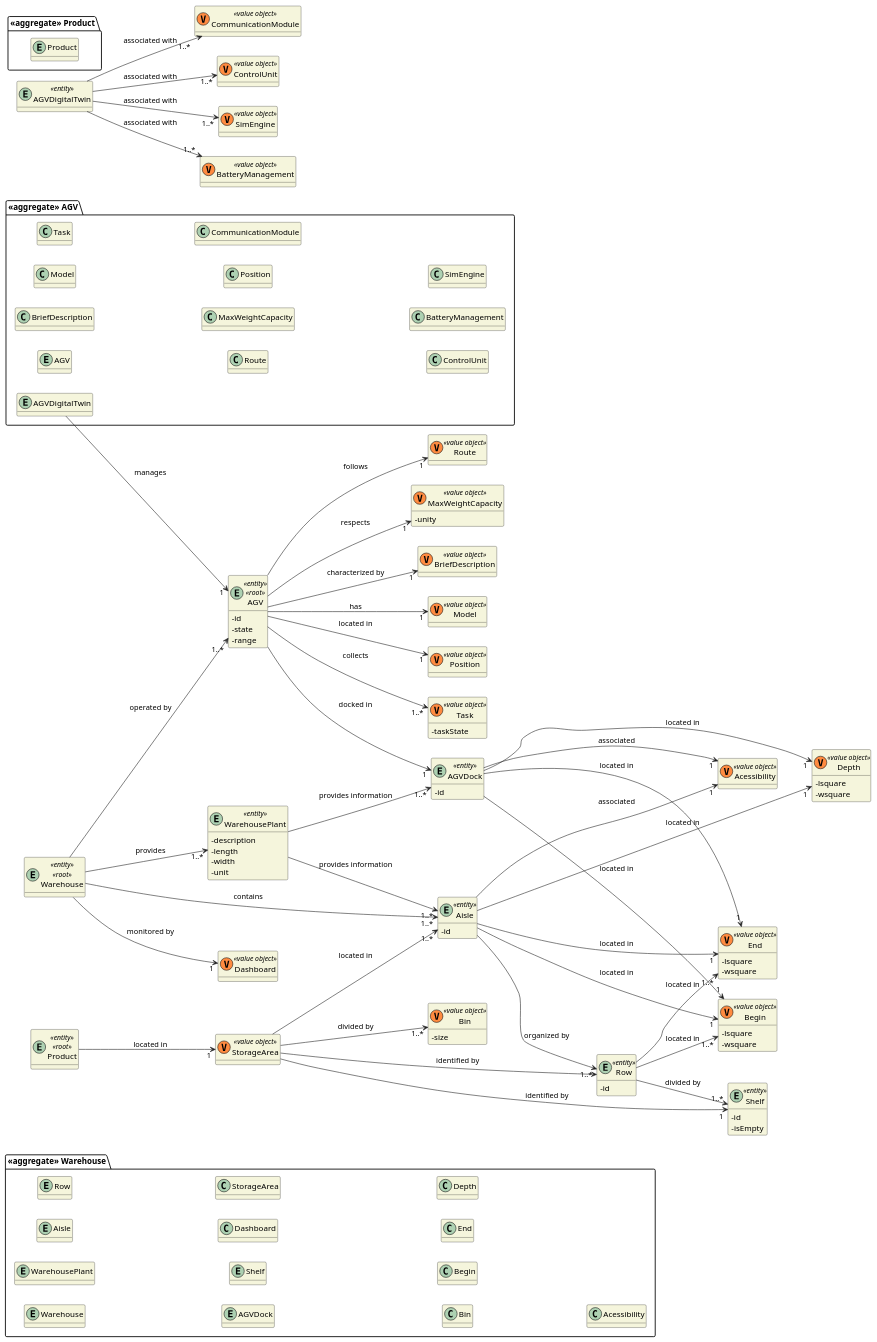
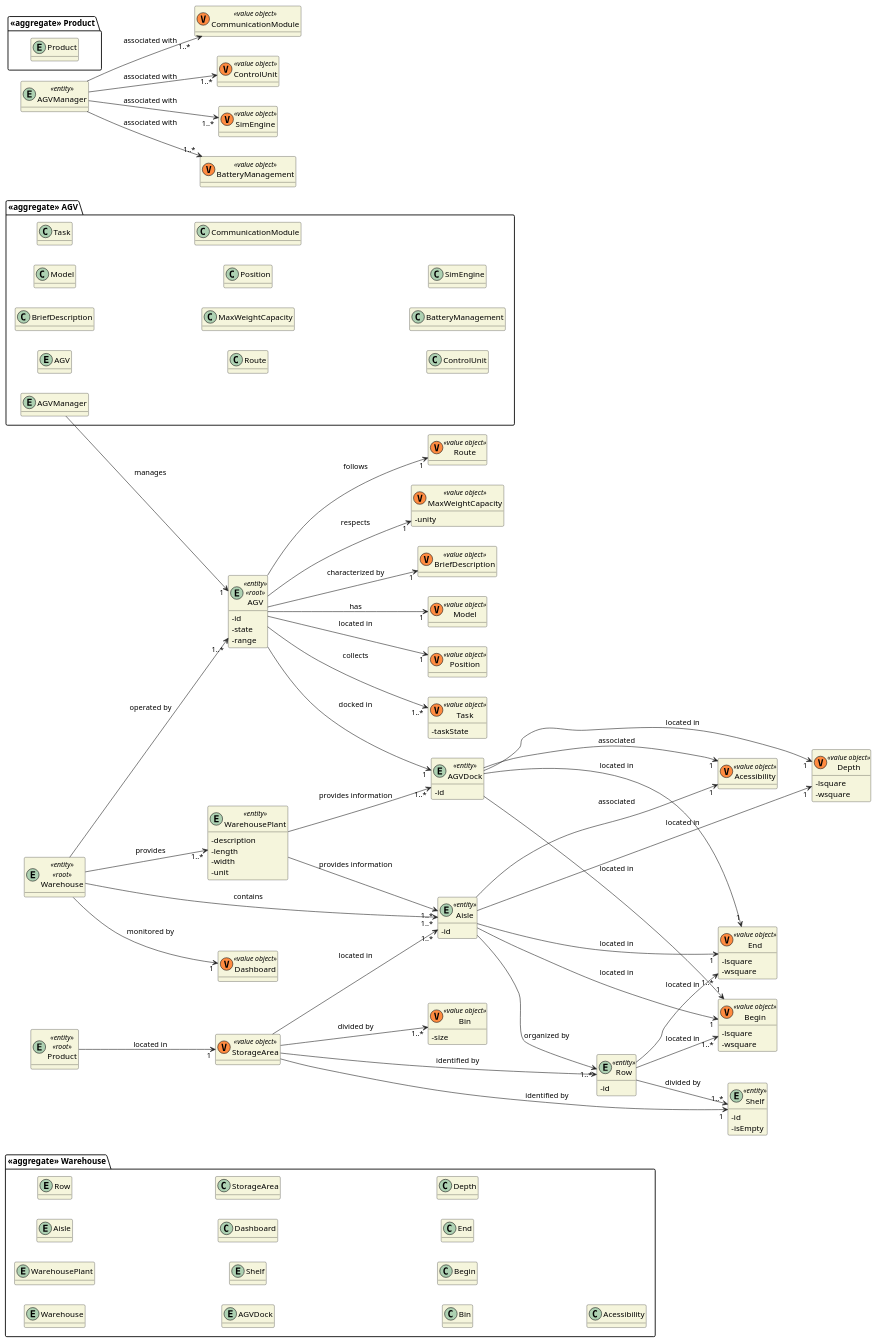
The diagram in docs/DM/DM_Warehouse.puml (0franciscor/lei21_22_s4_2de_01), drawn with PlantUML before and after one commit.

Commit message:
#1 Domain Model - Warehouse - changes

```diff
--- a/docs/DM/DM_Warehouse.puml
+++ b/docs/DM/DM_Warehouse.puml
@@ -1,189 +1,189 @@
 @startuml
 
 hide methods
 left to right direction
 skinparam classAttributeIconSize 0
 skinparam classBackgroundColor beige
 skinparam ArrowColor #222222
 
 package "<<aggregate>> Warehouse" {
     entity Warehouse
     entity WarehousePlant
     entity Aisle
     entity Row
     entity AGVDock
     entity Shelf
     class Dashboard
     class StorageArea
     class Bin
     class Begin
     class End
     class Depth
     class Acessibility
 }
 
 package "<<aggregate>> AGV" {
     entity AGV
-    entity AGVDigitalTwin
+    entity AGVManager
     class BriefDescription
     class Model
     class Task
     class Route
     class MaxWeightCapacity
     class Position
     class CommunicationModule
     class ControlUnit
     class BatteryManagement
     class SimEngine
 }
 
 package "<<aggregate>> Product" {
     entity Product
 }
 
 entity Product <<entity>> <<root>> {}
 
 entity WarehousePlant <<entity>> {
     -description
     -length
     -width
     -unit
 }
 
 entity AGV <<entity>> <<root>> {
     -id
     -state
     -range
 }
 
 entity AGVDock <<entity>> {
     -id
 }
 
 entity Warehouse <<entity>> <<root>> {
 }
 
 class Dashboard <<(V,#FF8B40) value object>>{}
 
 entity Shelf <<entity>>{
     -id
     -isEmpty
 }
 
 class StorageArea <<(V,#FF8B40) value object>>{}
 
 class Bin <<(V,#FF8B40) value object>>{
     -size
 }
 
 entity Aisle <<entity>>{
     -id
 }
 
 class Begin <<(V,#FF8B40) value object>>{
     -lsquare
     -wsquare
 }
 
 class End <<(V,#FF8B40) value object>>{
     -lsquare
     -wsquare
 }
 
 class Depth <<(V,#FF8B40) value object>>{
     -lsquare
     -wsquare
 }
 
 class Acessibility <<(V,#FF8B40) value object>>{}
 
 entity Row <<entity>>{
     -id
 }
 
 Product--> "1" StorageArea : located in
 
 Warehouse --> "1..*" Aisle : contains
 
 Warehouse --> "1" Dashboard : monitored by
 
 Warehouse --> "1..*" AGV : operated by
 
 Warehouse --> "1..*" WarehousePlant : provides
 
 WarehousePlant --> "1..*" Aisle : provides information
 
 WarehousePlant --> "1..*" AGVDock : provides information
 
 StorageArea --> "1..*" Aisle : located in
 
 Aisle --> "1..*" Row : organized by
 
 Aisle --> "1" Begin : located in
 Aisle --> "1" End : located in
 Aisle ----> "1" Depth : located in
 Aisle --> "1" Acessibility : associated
 
 Row --> "1..*" Shelf : divided by
 
 Row --> "1..*" Begin : located in
 
 Row --> "1..*" End : located in
 
 StorageArea --> Row : identified by
 
 StorageArea --> "1" Shelf : identified by
 
 StorageArea --> "1..*" Bin : divided by
 
 AGVDock ---> "1" Begin : located in
 AGVDock ---> "1" End : located in
 AGVDock ---> "1" Depth : located in
 AGVDock ---> "1" Acessibility : associated
 
-AGVDigitalTwin --> "1" AGV : manages
+AGVManager --> "1" AGV : manages
 
 entity AGV <<entity>> <<root>> {}
 
-entity AGVDigitalTwin <<entity>>{}
+entity AGVManager <<entity>>{}
 
 class BriefDescription <<(V,#FF8B40) value object>> {}
 
 class Model <<(V,#FF8B40) value object>> {}
 
 class Position <<(V,#FF8B40) value object>> {}
 
 class Task<<(V,#FF8B40) value object>> {
     -taskState
 }
 
 class Route <<(V,#FF8B40) value object>> {}
 
 class MaxWeightCapacity <<(V,#FF8B40) value object>> {
 -unity
 }
 
 AGV --> "1..*" Task : collects
 AGV --> "1" Route : follows
 AGV --> "1" AGVDock : docked in
 AGV --> "1" Model : has
 AGV --> "1" BriefDescription : characterized by
 AGV --> "1" MaxWeightCapacity : respects
 AGV --> "1" Position : located in
 
 
 class CommunicationModule <<(V,#FF8B40) value object>> {}
 
 class ControlUnit <<(V,#FF8B40) value object>> {}
 
 class SimEngine <<(V,#FF8B40) value object>> {}
 
 class BatteryManagement <<(V,#FF8B40) value object>> {}
 
 
-AGVDigitalTwin --> "1..*" CommunicationModule : associated with
-AGVDigitalTwin --> "1..*" ControlUnit : associated with
-AGVDigitalTwin --> "1..*" SimEngine : associated with
-AGVDigitalTwin --> "1..*" BatteryManagement : associated with
+AGVManager --> "1..*" CommunicationModule : associated with
+AGVManager --> "1..*" ControlUnit : associated with
+AGVManager --> "1..*" SimEngine : associated with
+AGVManager --> "1..*" BatteryManagement : associated with
 
 @enduml
```
